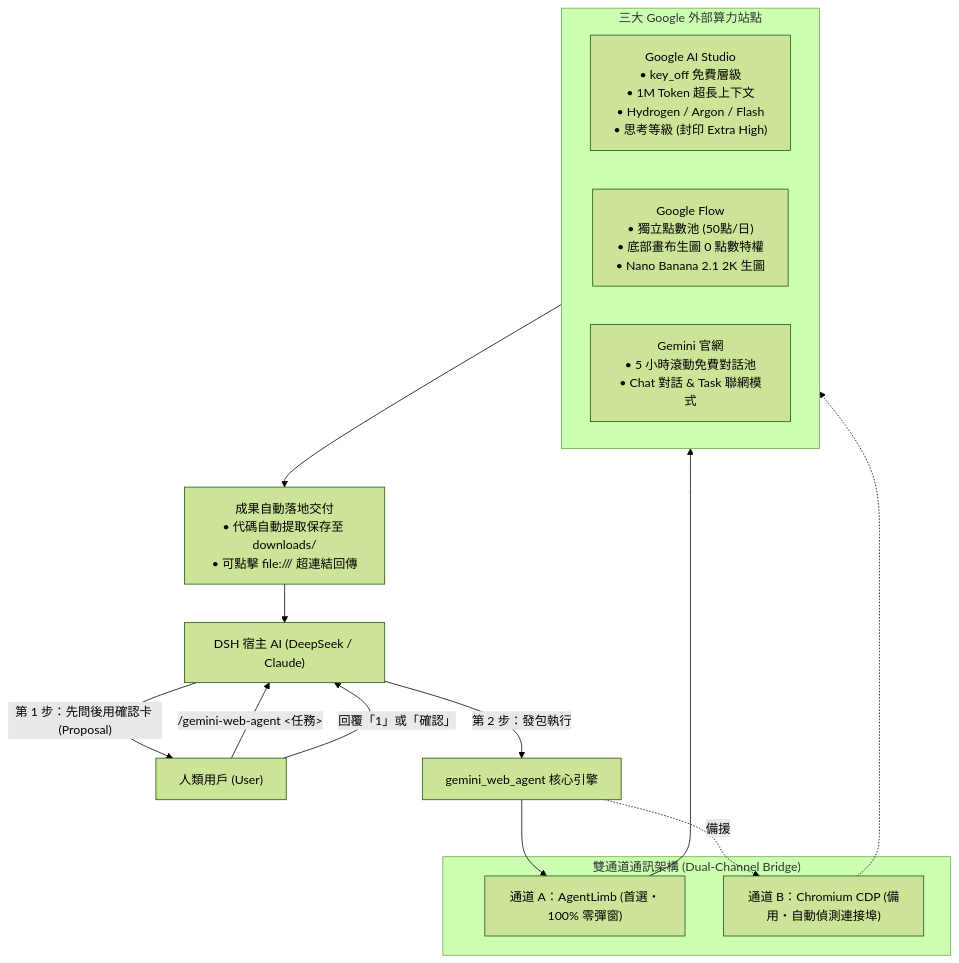
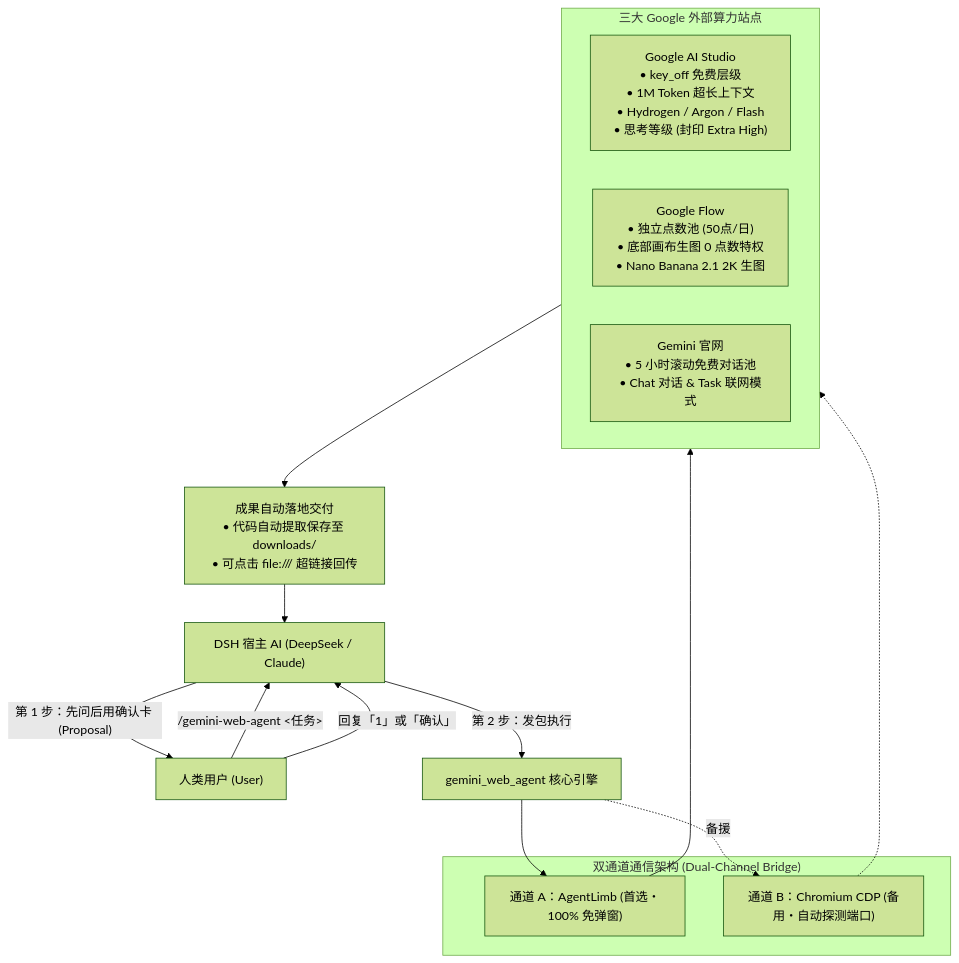
One commit to stJL/dsh-gemini-web changed the diagram in README.md. Above: the diagram before and after it, drawn with Mermaid (forest theme). The commit also changed other lines of this file and 2 other files, not shown here.

````diff
--- a/README.md
+++ b/README.md
@@ -72,27 +72,27 @@
 ```mermaid
 flowchart TD
-    User["人類用戶 (User)"] -- "/gemini-web-agent <任務>" --> DSH["DSH 宿主 AI (DeepSeek / Claude)"]
-    DSH -- "第 1 步：先問後用確認卡 (Proposal)" --> User
-    User -- "回覆「1」或「確認」" --> DSH
-    DSH -- "第 2 步：發包執行" --> Core["gemini_web_agent 核心引擎"]
+    User["人类用户 (User)"] -- "/gemini-web-agent <任务>" --> DSH["DSH 宿主 AI (DeepSeek / Claude)"]
+    DSH -- "第 1 步：先问后用确认卡 (Proposal)" --> User
+    User -- "回复「1」或「确认」" --> DSH
+    DSH -- "第 2 步：发包执行" --> Core["gemini_web_agent 核心引擎"]
     
-    subgraph Bridges ["雙通道通訊架構 (Dual-Channel Bridge)"]
-        AL["通道 A：AgentLimb (首選・100% 零彈窗)"]
-        CDP["通道 B：Chromium CDP (備用・自動偵測連接埠)"]
+    subgraph Bridges ["双通道通信架构 (Dual-Channel Bridge)"]
+        AL["通道 A：AgentLimb (首选・100% 免弹窗)"]
+        CDP["通道 B：Chromium CDP (备用・自动探测端口)"]
     end
     
     Core --> AL
-    Core -. 備援 .-> CDP
+    Core -. 备援 .-> CDP
     
-    subgraph GoogleSites ["三大 Google 外部算力站點"]
-        AIS["Google AI Studio\n• key_off 免費層級\n• 1M Token 超長上下文\n• Hydrogen / Argon / Flash\n• 思考等級 (封印 Extra High)"]
-        Flow["Google Flow\n• 獨立點數池 (50點/日)\n• 底部畫布生圖 0 點數特權\n• Nano Banana 2.1 2K 生圖"]
-        Web["Gemini 官網\n• 5 小時滾動免費對話池\n• Chat 對話 & Task 聯網模式"]
+    subgraph GoogleSites ["三大 Google 外部算力站点"]
+        AIS["Google AI Studio\n• key_off 免费层级\n• 1M Token 超长上下文\n• Hydrogen / Argon / Flash\n• 思考等级 (封印 Extra High)"]
+        Flow["Google Flow\n• 独立点数池 (50点/日)\n• 底部画布生图 0 点数特权\n• Nano Banana 2.1 2K 生图"]
+        Web["Gemini 官网\n• 5 小时滚动免费对话池\n• Chat 对话 & Task 联网模式"]
     end
     
     AL --> GoogleSites
     CDP -.-> GoogleSites
     
-    GoogleSites --> Delivery["成果自動落地交付\n• 代碼自動提取保存至 downloads/\n• 可點擊 file:/// 超連結回傳"]
+    GoogleSites --> Delivery["成果自动落地交付\n• 代码自动提取保存至 downloads/\n• 可点击 file:/// 超链接回传"]
     Delivery --> DSH
 ```
````
